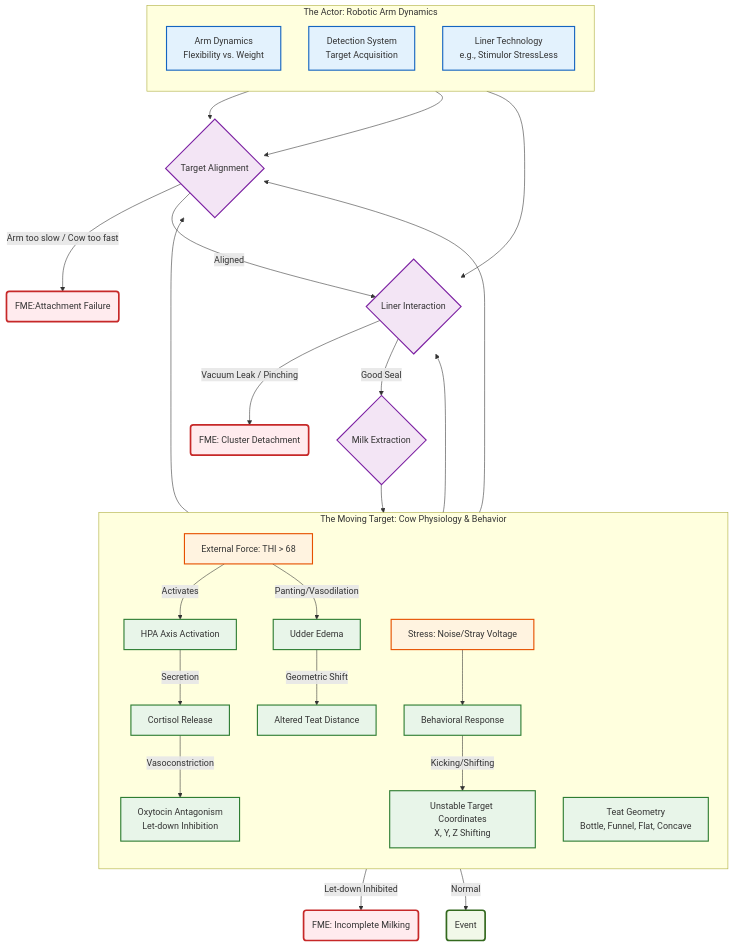
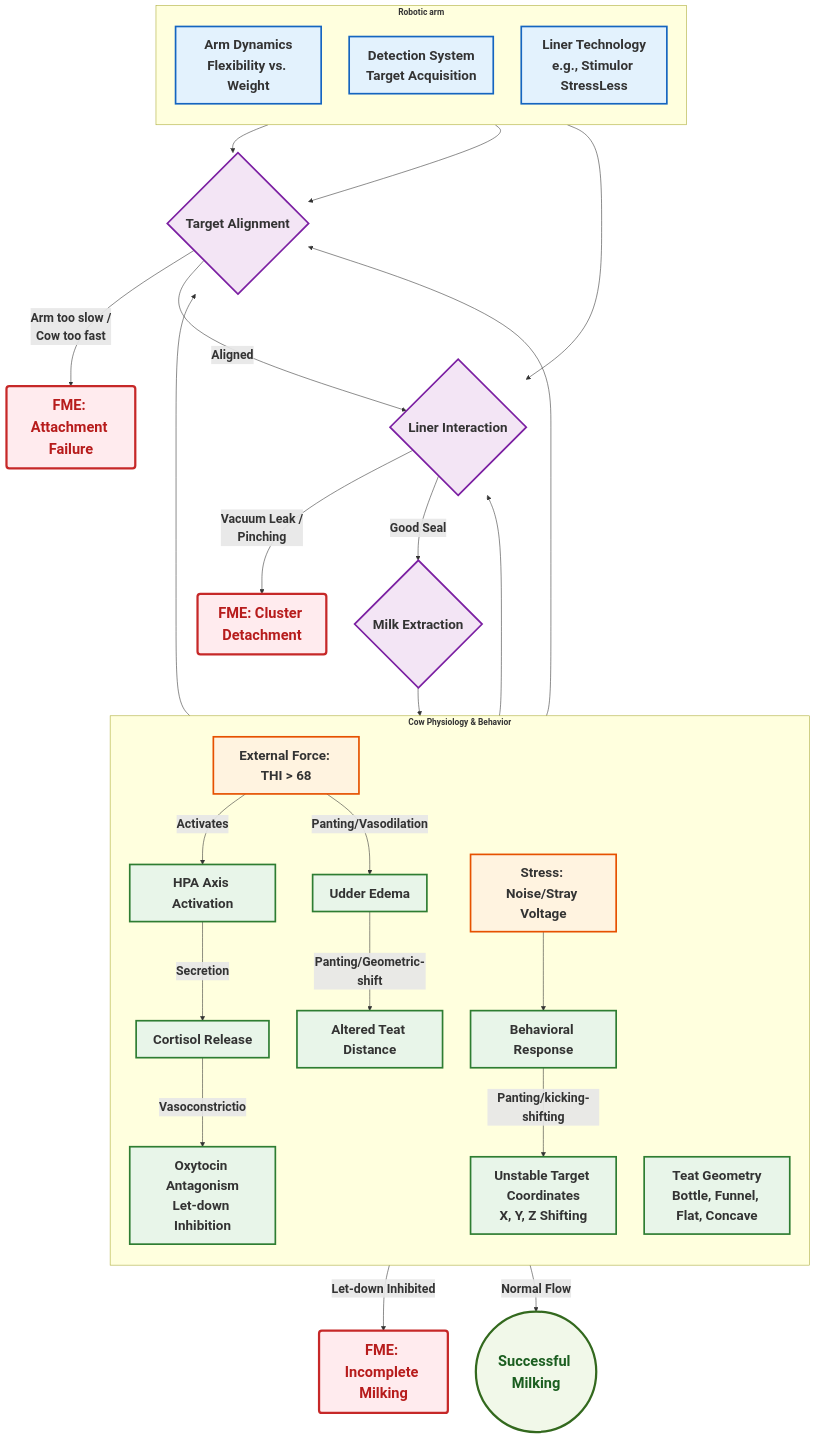
The diagram in mermaid_codes/dr_tedeschi.md (rajeshneupane7/merging), drawn with Mermaid before and after one commit. The commit also changed 4 other files, not shown here.

````diff
--- a/mermaid_codes/dr_tedeschi.md
+++ b/mermaid_codes/dr_tedeschi.md
@@ -1,60 +1,60 @@
 ```mermaid
 graph TD
     %% Nodes and Styles
-    classDef env fill:#fff3e0,stroke:#e65100,stroke-width:2px;
-    classDef bio fill:#e8f5e9,stroke:#2e7d32,stroke-width:2px;
-    classDef mech fill:#e3f2fd,stroke:#1565c0,stroke-width:2px;
-    classDef event fill:#f3e5f5,stroke:#7b1fa2,stroke-width:2px;
-    classDef fail fill:#ffebee,stroke:#c62828,stroke-width:3px;
-    classDef success fill:#f1f8e9,stroke:#33691e,stroke-width:3px;
+    classDef env fill:#fff3e0,stroke:#e65100,stroke-width:3px,font-size:24px,font-weight:bold;
+    classDef bio fill:#e8f5e9,stroke:#2e7d32,stroke-width:3px,font-size:24px,font-weight:bold;
+    classDef mech fill:#e3f2fd,stroke:#1565c0,stroke-width:3px,font-size:24px,font-weight:bold;
+    classDef event fill:#f3e5f5,stroke:#7b1fa2,stroke-width:3px,font-size:24px,font-weight:bold;
+    classDef fail fill:#ffebee,stroke:#c62828,stroke-width:4px,font-size:26px,font-weight:bold,color:#b71c1c;
+    classDef success fill:#f1f8e9,stroke:#33691e,stroke-width:4px,font-size:26px,font-weight:bold,color:#1b5e20;
 
     %% 1. EXTERNAL FORCING THI
     THI[External Force: THI > 68]:::env
 
     %% 2. BIOLOGICAL PATHWAYS
-    subgraph Cow_Biology [The Moving Target: Cow Physiology & Behavior]
+    subgraph Cow_Biology ["<span style='font-size:15px; font-weight:bold'>Cow Physiology & Behavior</span>"]
         direction TB
         %% Pathway A: Physiological
-        THI -->|Activates| HPA[HPA Axis Activation]:::bio
-        HPA -->|Secretion| Cortisol[Cortisol Release]:::bio
-        Cortisol -->|Vasoconstriction| OxyBlock[Oxytocin Antagonism<br/>Let-down Inhibition]:::bio
+        THI -->|<span style='font-size:22px; font-weight:bold'>Activates</span>| HPA[HPA Axis Activation]:::bio
+        HPA -->|<span style='font-size:22px; font-weight:bold'>Secretion</span>| Cortisol[Cortisol Release]:::bio
+        Cortisol -->|<span style='font-size:22px; font-weight:bold'>Vasoconstrictio</span>| OxyBlock[Oxytocin Antagonism<br/>Let-down Inhibition]:::bio
 
         %% Pathway B: Behavioral/Physical
-        THI -->|Panting/Vasodilation| Edema[Udder Edema]:::bio
-        Edema -->|Geometric Shift| Dist[Altered Teat Distance]:::bio
+        THI -->|<span style='font-size:22px; font-weight:bold'>Panting/Vasodilation</span>| Edema[Udder Edema]:::bio
+        Edema -->|<span style='font-size:22px; font-weight:bold'>Panting/Geometric-shift</span>| Dist[Altered Teat Distance]:::bio
         
         Stressors[Stress: Noise/Stray Voltage]:::env --> Behavior[Behavioral Response]:::bio
-        Behavior -->|Kicking/Shifting| Coords[Unstable Target Coordinates<br/>X, Y, Z Shifting]:::bio
+        Behavior -->|<span style='font-size:22px; font-weight:bold'>Panting/kicking-shifting</span>| Coords[Unstable Target Coordinates<br/>X, Y, Z Shifting]:::bio
 
         %% Pathway C: Static Anatomy
         Anatomy[Teat Geometry<br/>Bottle, Funnel, Flat, Concave]:::bio
     end
 
     %% 3. MECHANICAL PATHWAYS
-    subgraph Robot_System [The Actor: Robotic Arm Dynamics]
+    subgraph Robot_System ["<span style='font-size:15px; font-weight:bold'>Robotic arm"]
         direction TB
         Arm[Arm Dynamics<br/>Flexibility vs. Weight]:::mech
         Vision[Detection System<br/>Target Acquisition]:::mech
         Liner[Liner Technology<br/>e.g., Stimulor StressLess]:::mech
     end
 
     %% 4. THE INTERACTION The Event
     Dist --> TargetMismatch{Target Alignment}:::event
     Coords --> TargetMismatch
     Arm --> TargetMismatch
     Vision --> TargetMismatch
 
     Anatomy --> LinerFit{Liner Interaction}:::event
     Liner --> LinerFit
 
     %% 5. OUTCOMES
-    TargetMismatch -- "Arm too slow / Cow too fast" --> MechFail(FME:Attachment Failure):::fail
-    TargetMismatch -- "Aligned" --> LinerFit
+    TargetMismatch -- "<span style='font-size:22px; font-weight:bold'>Arm too slow /<br/> Cow too fast</span>" --> MechFail(FME: Attachment Failure):::fail
+    TargetMismatch -- "<span style='font-size:22px; font-weight:bold'>Aligned</span>" --> LinerFit
     
-    LinerFit -- "Vacuum Leak / Pinching" --> CupSlip(FME: Cluster Detachment):::fail
-    LinerFit -- "Good Seal" --> Extraction{Milk Extraction}:::event
+    LinerFit -- "<span style='font-size:22px; font-weight:bold'>Vacuum Leak /<br/> Pinching</span>" --> CupSlip(FME: Cluster Detachment):::fail
+    LinerFit -- "<span style='font-size:22px; font-weight:bold'>Good Seal</span>" --> Extraction{Milk Extraction}:::event
 
     Extraction --> OxyBlock
-    OxyBlock -- "Let-down Inhibited" --> PhysFail(FME: Incomplete Milking):::fail
-    OxyBlock -- "Normal" --> SuccessSuccessful(Event):::success
+    OxyBlock -- "<span style='font-size:22px; font-weight:bold'>Let-down Inhibited</span>" --> PhysFail(FME: Incomplete Milking):::fail
+    OxyBlock -- "<span style='font-size:22px; font-weight:bold'>Normal Flow</span>" --> Success((Successful Milking)):::success
 ```
````
